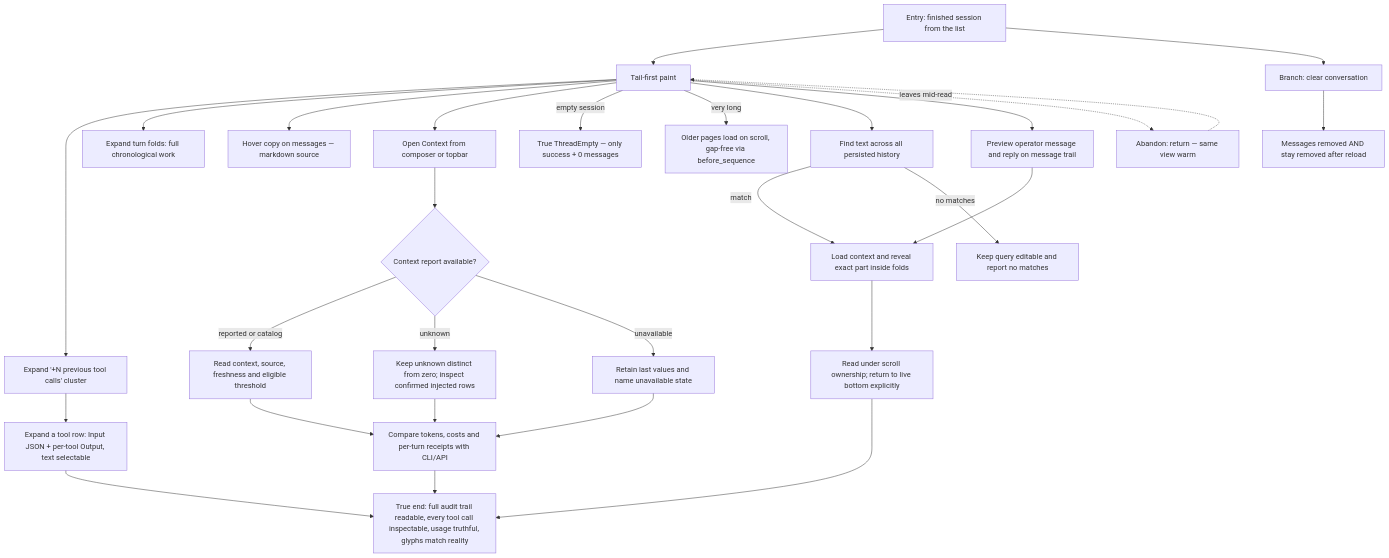
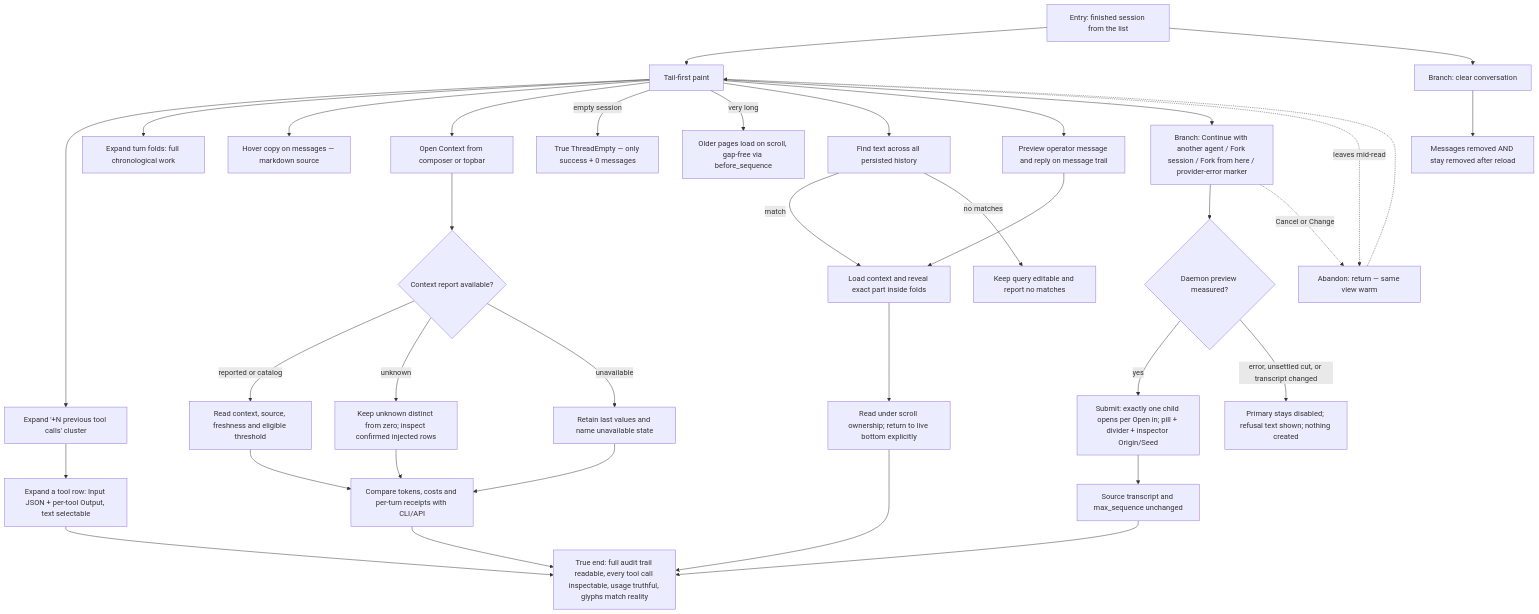
The diagram in docs/qa/journeys/J-14-read-a-finished-transcript.md (compozy/compozy), drawn with Mermaid before and after one commit. The commit also changed other lines of this file and 490 other files, not shown here.

Commit message:
feat: continue and fork sessions across agents, with fallback account routes (#684)

````diff
--- a/docs/qa/journeys/J-14-read-a-finished-transcript.md
+++ b/docs/qa/journeys/J-14-read-a-finished-transcript.md
@@ -5,31 +5,38 @@
 ```mermaid
 flowchart TD
     E[Entry: finished session from the list] --> T[Tail-first paint]
     T --> G[Expand '+N previous tool calls' cluster]
     G --> IO[Expand a tool row: Input JSON + per-tool Output, text selectable]
     T --> FLD[Expand turn folds: full chronological work]
     T --> CP[Hover copy on messages — markdown source]
     T --> US[Open Context from composer or topbar]
     US --> CT{Context report available?}
     CT -->|reported or catalog| USD[Read context, source, freshness and eligible threshold]
     CT -->|unknown| UNK[Keep unknown distinct from zero; inspect confirmed injected rows]
     CT -->|unavailable| UNA[Retain last values and name unavailable state]
     USD --> REC[Compare tokens, costs and per-turn receipts with CLI/API]
     UNK --> REC
     UNA --> REC
     REC --> TE
     T -->|empty session| EMP[True ThreadEmpty — only success + 0 messages]
     T -->|very long| PG[Older pages load on scroll, gap-free via before_sequence]
     T --> FIND[Find text across all persisted history]
     FIND -->|match| LAND[Load context and reveal exact part inside folds]
     FIND -->|no matches| NONE[Keep query editable and report no matches]
     T --> TRAIL[Preview operator message and reply on message trail]
     TRAIL --> LAND
     LAND --> LIVE[Read under scroll ownership; return to live bottom explicitly]
     LIVE --> TE
     E --> CLR[Branch: clear conversation]
+    T --> DRV[Branch: Continue with another agent / Fork session / Fork from here / provider-error marker]
+    DRV --> DLG{Daemon preview measured?}
+    DLG -->|yes| DSUB[Submit: exactly one child opens per Open in; pill + divider + inspector Origin/Seed]
+    DLG -->|error, unsettled cut, or transcript changed| DREF[Primary stays disabled; refusal text shown; nothing created]
+    DSUB --> DSRC[Source transcript and max_sequence unchanged]
+    DSRC --> TE
+    DRV -.->|Cancel or Change| AB
     CLR --> CLR2[Messages removed AND stay removed after reload]
     T -.->|leaves mid-read| AB[Abandon: return — same view warm]
     AB -.-> T
     IO --> TE[True end: full audit trail readable, every tool call inspectable, usage truthful, glyphs match reality]
 ```
````
